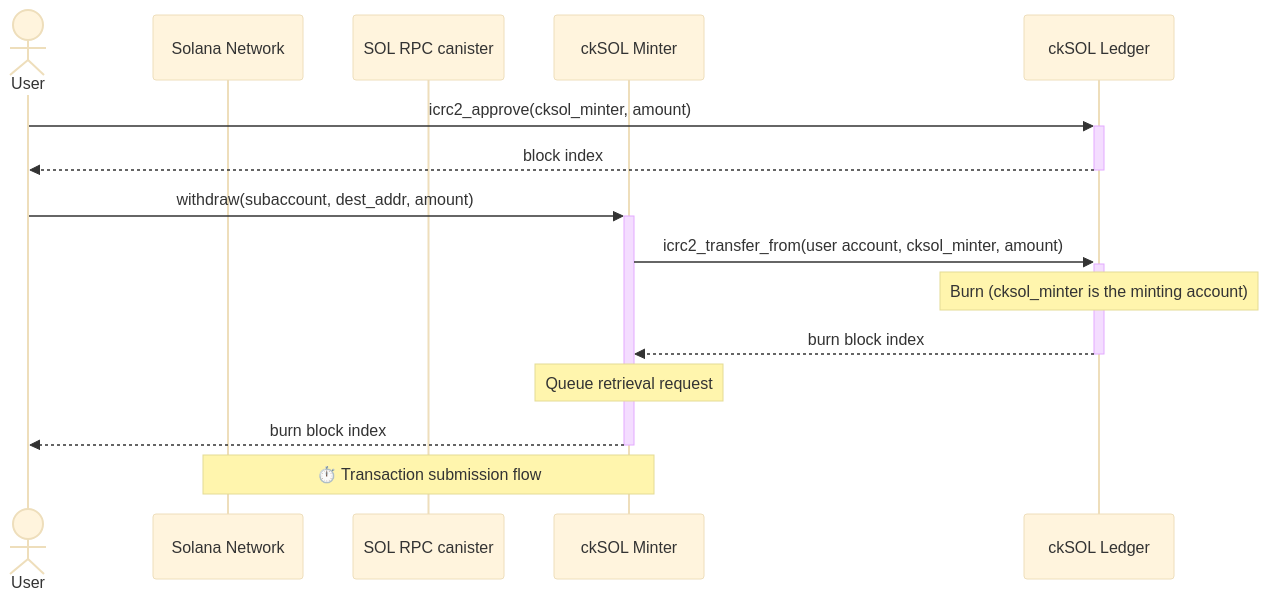
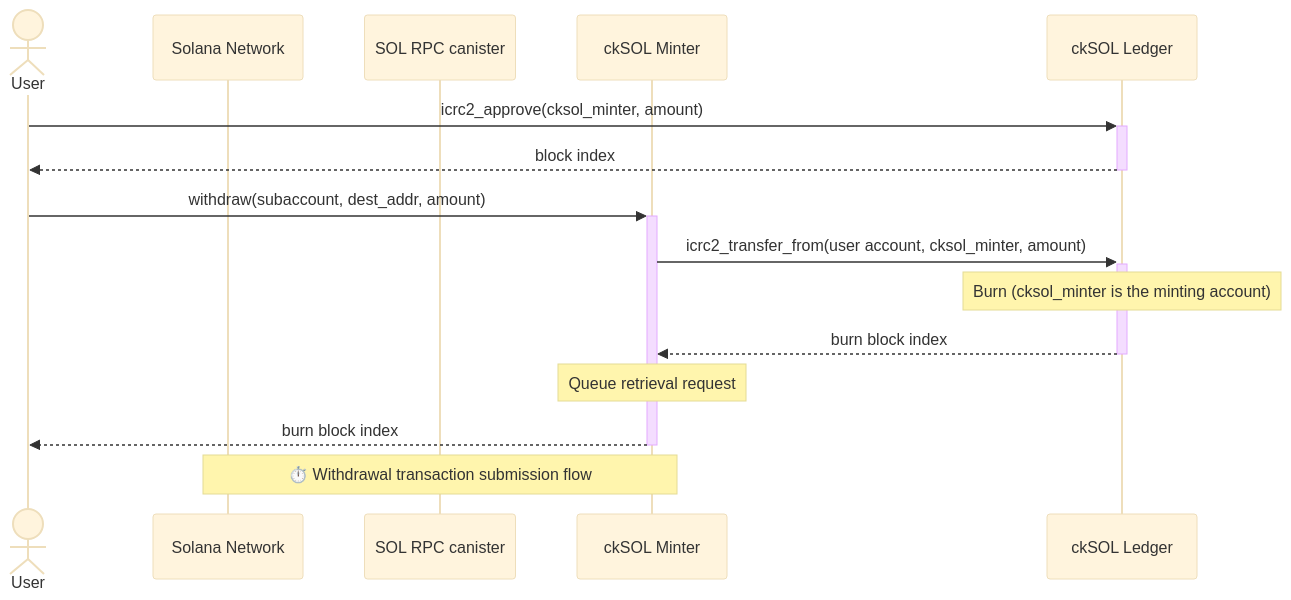
One commit to dfinity/cksol changed the fifth of 8 diagrams in docs/design.md. Above: the diagram before and after it, drawn with Mermaid (base theme). The commit also changed other lines of this file, not shown here.

````diff
--- a/docs/design.md
+++ b/docs/design.md
@@ -445,19 +465,19 @@
 ```mermaid
 sequenceDiagram
     actor User
     participant Solana as Solana Network
     participant RPC as SOL RPC canister
     participant Minter as ckSOL Minter
     participant Ledger as ckSOL Ledger
 
     User->>+Ledger: icrc2_approve(cksol_minter, amount)
     Ledger-->>-User: block index
     User->>+Minter: withdraw(subaccount, dest_addr, amount)
     Minter->>+Ledger: icrc2_transfer_from(user account, cksol_minter, amount)
     Note over Ledger: Burn (cksol_minter is the minting account)
     Ledger-->>-Minter: burn block index
     Note over Minter: Queue retrieval request
     Minter-->>-User: burn block index
 
-    Note over Solana,Minter: ⏱️ Transaction submission flow
+    Note over Solana,Minter: ⏱️ Withdrawal transaction submission flow
 ```
````
